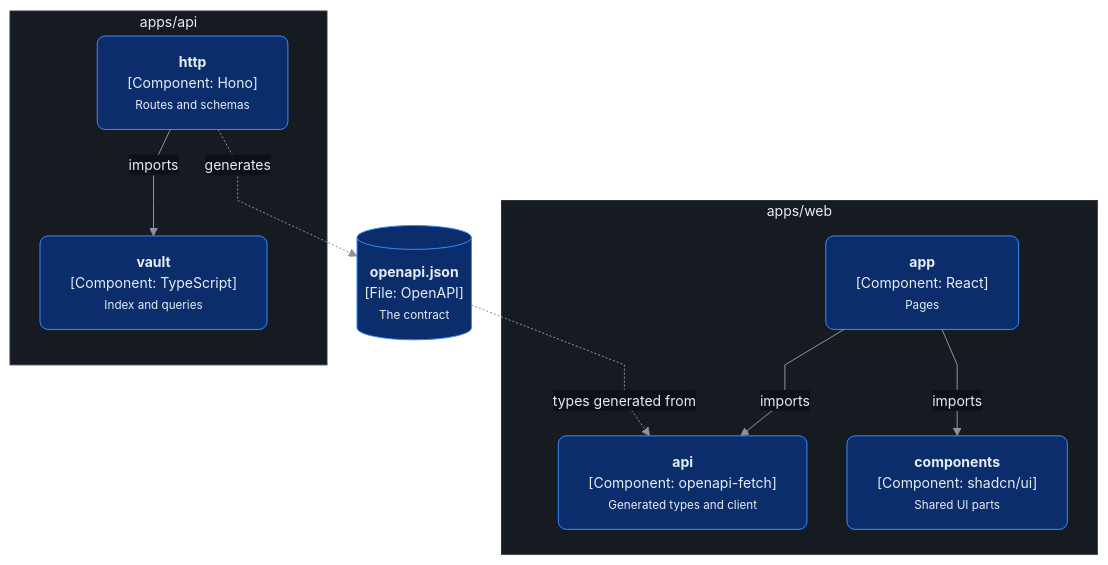
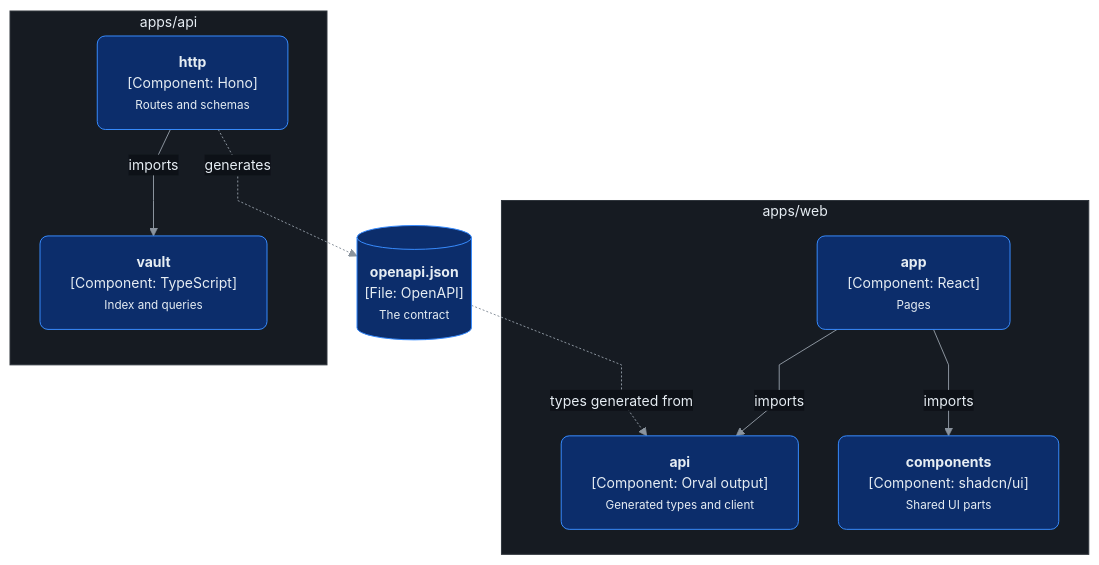
One commit to lyeyixian/job-search-app changed the diagram in docs/architecture/code-layout.md. Above: the diagram before and after it, drawn with Mermaid. The commit also changed 16 other files, not shown here.

First line of the commit message:
Generate the Web API client with Orval

````diff
--- a/docs/architecture/code-layout.md
+++ b/docs/architecture/code-layout.md
@@ -32,29 +32,29 @@
 ```mermaid
 %%{init: {"theme":"base","themeVariables":{"fontFamily":"system-ui, sans-serif","fontSize":"14px","lineColor":"#8b949e","clusterBkg":"#161b22","clusterBorder":"#30363d","edgeLabelBackground":"#0d1117","primaryTextColor":"#e6edf3","titleColor":"#e6edf3"},"flowchart":{"curve":"linear","nodeSpacing":40,"rankSpacing":50}}}%%
 flowchart TB
     subgraph web["apps/web"]
         app["<b>app</b><br/>[Component: React]<br/><small>Pages</small>"]:::component
         comps["<b>components</b><br/>[Component: shadcn/ui]<br/><small>Shared UI parts</small>"]:::component
-        client["<b>api</b><br/>[Component: openapi-fetch]<br/><small>Generated types and client</small>"]:::component
+        client["<b>api</b><br/>[Component: Orval output]<br/><small>Generated types and client</small>"]:::component
     end
 
     doc[("<b>openapi.json</b><br/>[File: OpenAPI]<br/><small>The contract</small>")]:::store
 
     subgraph api["apps/api"]
         http["<b>http</b><br/>[Component: Hono]<br/><small>Routes and schemas</small>"]:::component
         vault["<b>vault</b><br/>[Component: TypeScript]<br/><small>Index and queries</small>"]:::component
     end
 
     app -- "imports" --> comps
     app -- "imports" --> client
     doc -. "types generated from" .-> client
     http -. "generates" .-> doc
     http -- "imports" --> vault
 
     classDef person fill:#1f6feb,stroke:#58a6ff,color:#ffffff,rx:8,ry:8
     classDef system fill:#1f6feb,stroke:#58a6ff,color:#ffffff,rx:8,ry:8
     classDef container fill:#0c2d6b,stroke:#388bfd,color:#e6edf3,rx:8,ry:8
     classDef component fill:#0c2d6b,stroke:#388bfd,color:#e6edf3,rx:8,ry:8
     classDef store fill:#0c2d6b,stroke:#388bfd,color:#e6edf3
     classDef external fill:#21262d,stroke:#8b949e,color:#c9d1d9,stroke-dasharray:4 3,rx:8,ry:8
 ```
````
